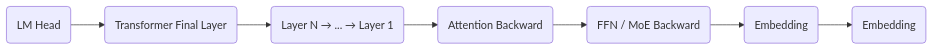
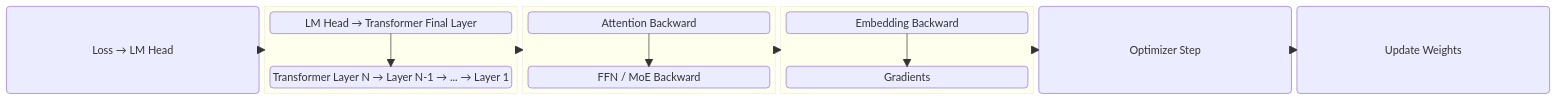
Diagram 23 of 23 in index.md (ChrisZhu2050/chriszhu2050.github.io), drawn with Mermaid before and after one commit. The commit also changed other lines of this file, not shown here.

````diff
--- a/index.md
+++ b/index.md
@@ -1101,17 +1102,43 @@
-```mermaid
-    graph LR
-        A("`LM Head 
-        `") --> 
-        B("`Transformer Final Layer
-        `")  --> 
-        C("`Layer N → ... → Layer 1
-        `")  --> 
-        D("`Attention Backward
-        `")  --> 
-        E("`FFN / MoE Backward
-        `")  --> 
-        F("`Embedding
-        `")  --> 
-        G("`Embedding
-        `")
-``` 
+  ```mermaid
+        block
+        columns 6
+
+          a("Loss → LM Head")
+          
+
+        block:group2:1
+          columns 1
+          c1("LM Head → Transformer Final Layer") space
+          b1("Transformer Layer N → Layer N-1 → ... → Layer 1")
+          
+        end
+        block:group3:1
+          columns 1
+          d("Attention Backward") space
+          e("FFN / MoE Backward") 
+        end
+        block:group4:1
+          columns 1
+          f("Embedding Backward") space
+          g("Gradients")
+
+        end
+        
+          z("Optimizer Step")
+          y("Update Weights")
+        
+
+        c1 --> b1
+       
+        
+        d --> e
+      
+        f --> g
+
+        a --> group2
+        group2 --> group3
+        group3 --> group4
+        group4 --> z
+        z --> y
+
+  ```  
````
